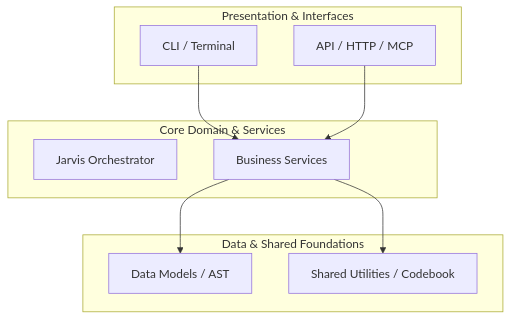
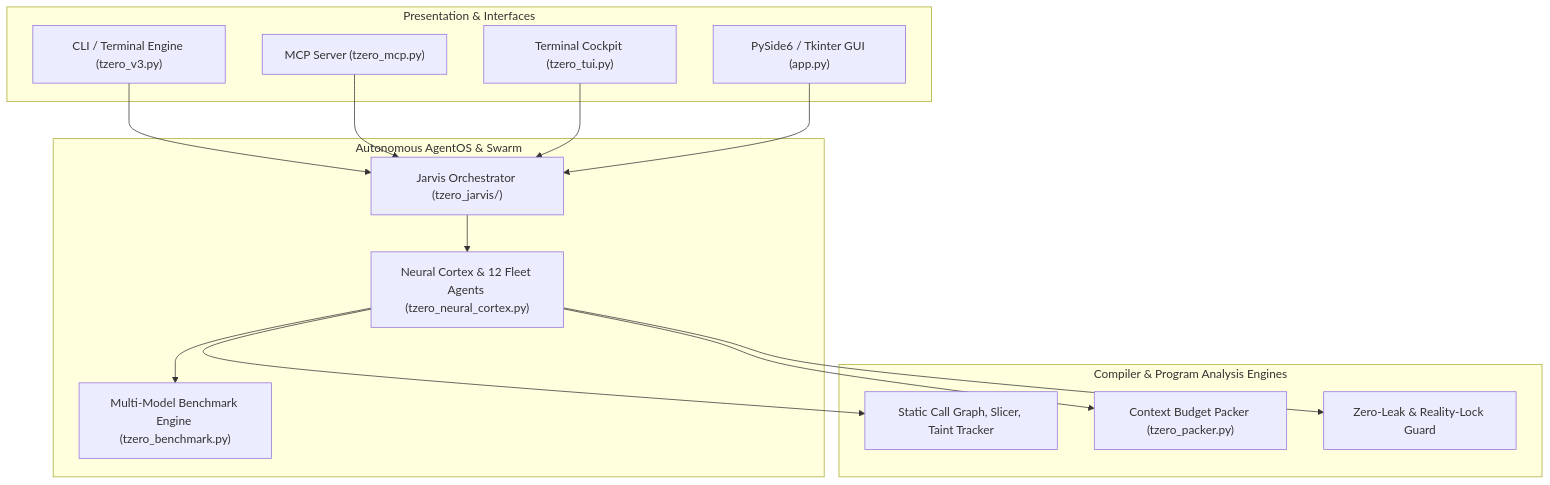
One commit to toprakahmetaydogmus/TZeroAlgorithm changed the diagram in AGENTS.md. Above: the diagram before and after it, drawn with Mermaid. The commit also changed other lines of this file and 8 other files, not shown here.

Commit message:
feat: fix readme anchor buttons, launch hugging face space app, and optimize world-class agent directives

````diff
--- a/AGENTS.md
+++ b/AGENTS.md
@@ -34,20 +49,29 @@
 ```mermaid
 flowchart TD
     subgraph Presentation ["Presentation & Interfaces"]
-        CLI["CLI / Terminal"]
-        API["API / HTTP / MCP"]
+        CLI["CLI / Terminal Engine (tzero_v3.py)"]
+        MCP["MCP Server (tzero_mcp.py)"]
+        TUI["Terminal Cockpit (tzero_tui.py)"]
+        GUI["PySide6 / Tkinter GUI (app.py)"]
     end
-    subgraph Business ["Core Domain & Services"]
-        ORCH["Jarvis Orchestrator"]
-        SERVICES["Business Services"]
+    subgraph Orchestration ["Autonomous AgentOS & Swarm"]
+        JARVIS["Jarvis Orchestrator (tzero_jarvis/)"]
+        CORTEX["Neural Cortex & 12 Fleet Agents (tzero_neural_cortex.py)"]
+        BENCH["Multi-Model Benchmark Engine (tzero_benchmark.py)"]
     end
-    subgraph Persistence ["Data & Shared Foundations"]
-        MODELS["Data Models / AST"]
-        UTILS["Shared Utilities / Codebook"]
+    subgraph Core ["Compiler & Program Analysis Engines"]
+        AST_ENG["Static Call Graph, Slicer, Taint Tracker"]
+        PACKER["Context Budget Packer (tzero_packer.py)"]
+        GUARD["Zero-Leak & Reality-Lock Guard"]
     end
 
-    CLI --> SERVICES
-    API --> SERVICES
-    SERVICES --> MODELS
-    SERVICES --> UTILS
+    CLI --> JARVIS
+    MCP --> JARVIS
+    TUI --> JARVIS
+    GUI --> JARVIS
+    JARVIS --> CORTEX
+    CORTEX --> BENCH
+    CORTEX --> AST_ENG
+    CORTEX --> PACKER
+    CORTEX --> GUARD
 ```
````
